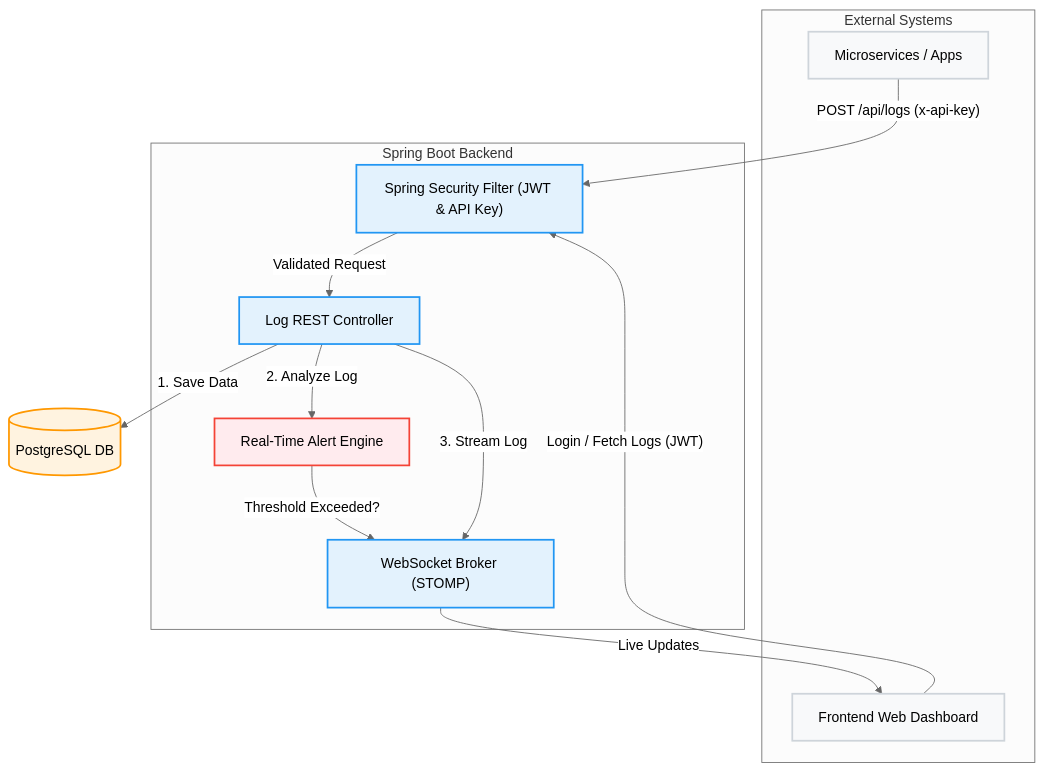
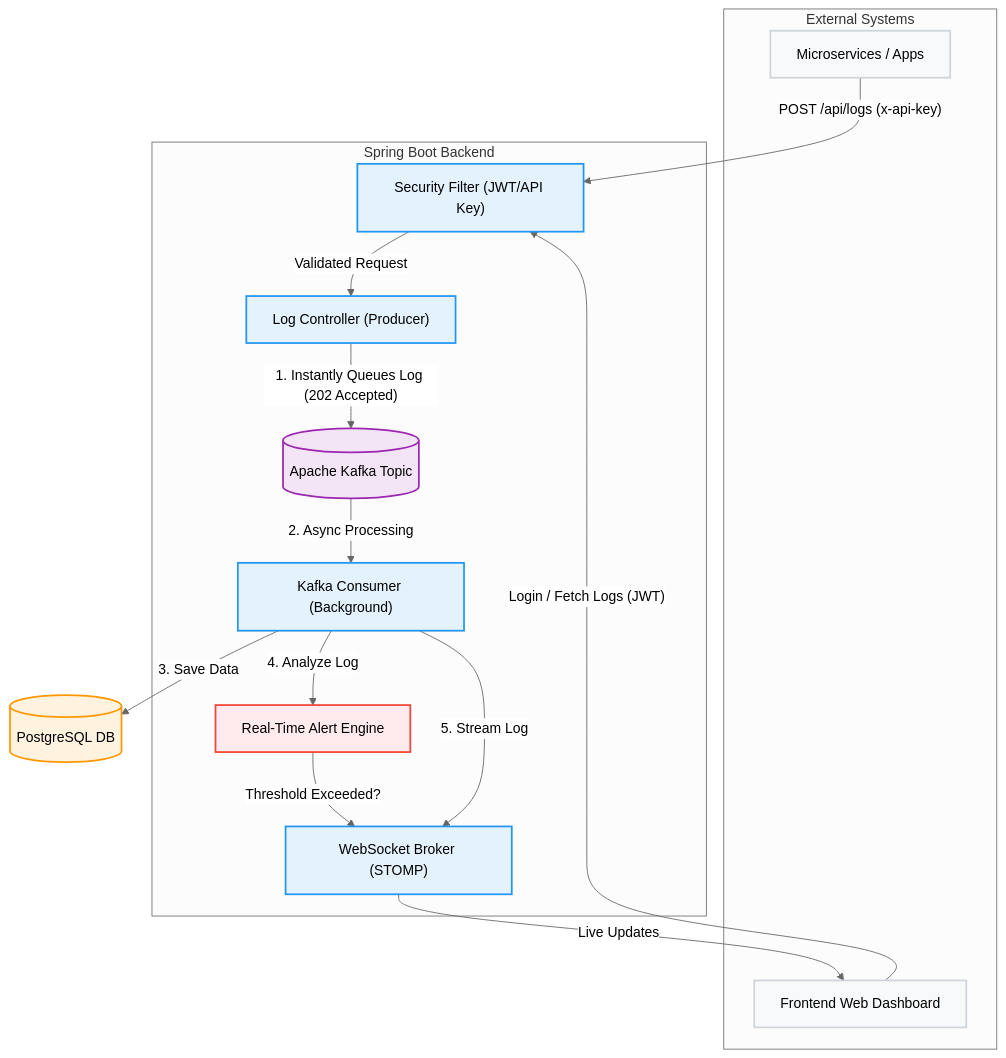
The diagram in README.md (Roshan-keshri/real-time-log-monitor), drawn with Mermaid (neutral theme) before and after one commit. The commit also changed other lines of this file, not shown here.

First line of the commit message:
Enhance README with Apache Kafka details

````diff
--- a/README.md
+++ b/README.md
@@ -18,39 +21,45 @@
 ```mermaid
 flowchart TD
     %% Styling
     classDef client fill:#f8f9fa,stroke:#ced4da,stroke-width:2px,color:#000
     classDef backend fill:#e3f2fd,stroke:#2196f3,stroke-width:2px,color:#000
     classDef db fill:#fff3e0,stroke:#ff9800,stroke-width:2px,color:#000
     classDef alert fill:#ffebee,stroke:#f44336,stroke-width:2px,color:#000
+    classDef kafka fill:#f3e5f5,stroke:#9c27b0,stroke-width:2px,color:#000
 
     %% External Clients
     subgraph External Systems
         Producers["Microservices / Apps"]:::client
         Dashboard["Frontend Web Dashboard"]:::client
     end
 
     %% Backend System
     subgraph Spring Boot Backend
-        Security["Spring Security Filter (JWT & API Key)"]:::backend
-        API["Log REST Controller"]:::backend
+        Security["Security Filter (JWT/API Key)"]:::backend
+        API["Log Controller (Producer)"]:::backend
+        KafkaQueue[("Apache Kafka Topic")]:::kafka
+        Worker["Kafka Consumer (Background)"]:::backend
         AlertEngine["Real-Time Alert Engine"]:::alert
         WebSocket["WebSocket Broker (STOMP)"]:::backend
     end
 
     %% Database
     Database[("PostgreSQL DB")]:::db
 
     %% Relationships
     Producers -- "POST /api/logs (x-api-key)" --> Security
     Dashboard -- "Login / Fetch Logs (JWT)" --> Security
     
     Security -- "Validated Request" --> API
     
-    API -- "1. Save Data" --> Database
-    API -- "2. Analyze Log" --> AlertEngine
-    API -- "3. Stream Log" --> WebSocket
+    API -- "1. Instantly Queues Log (202 Accepted)" --> KafkaQueue
+    KafkaQueue -- "2. Async Processing" --> Worker
+    
+    Worker -- "3. Save Data" --> Database
+    Worker -- "4. Analyze Log" --> AlertEngine
+    Worker -- "5. Stream Log" --> WebSocket
     
     AlertEngine -- "Threshold Exceeded?" --> WebSocket
     
     WebSocket -- "Live Updates" --> Dashboard
 ```
````
